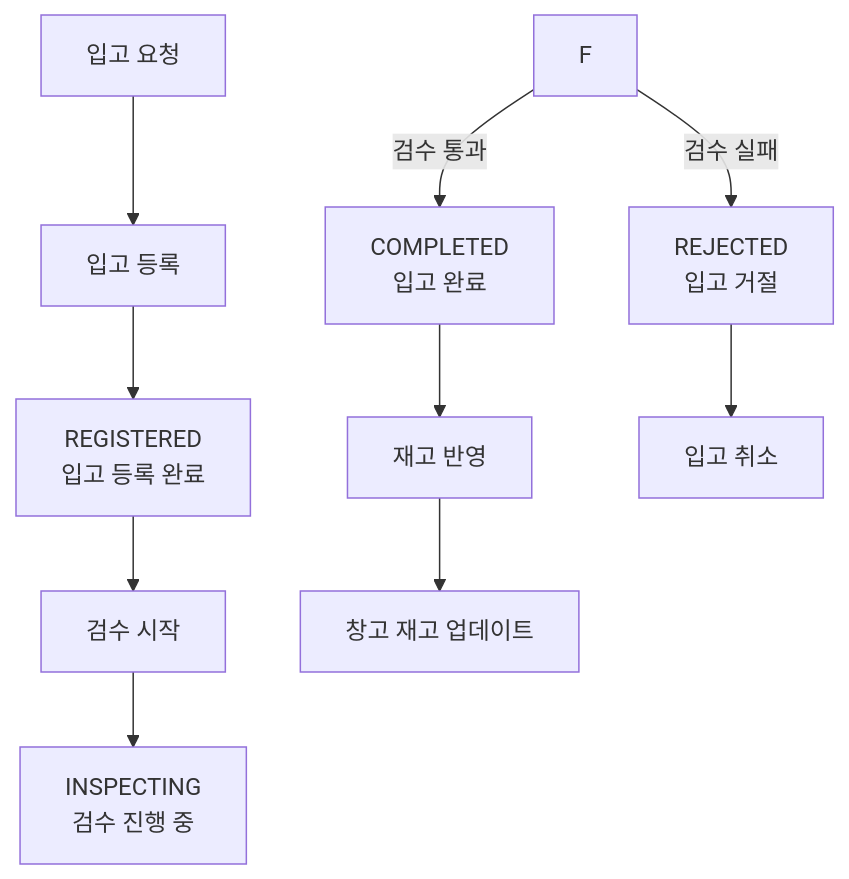
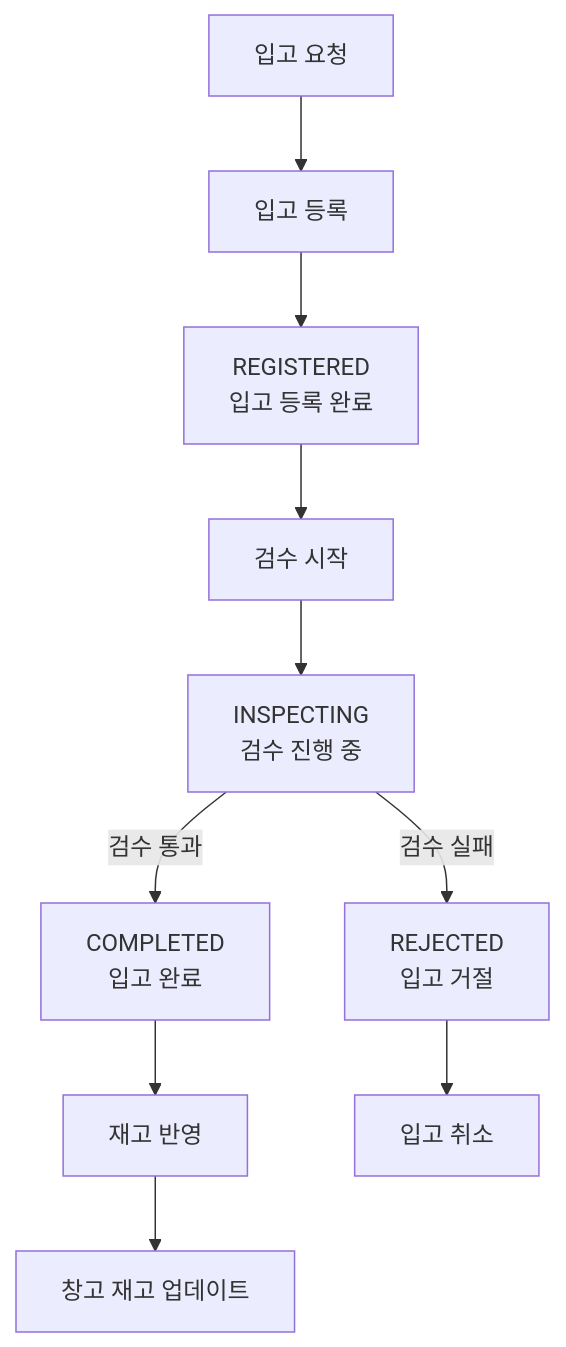
Before and after one commit to f-lab-edu/inventory-management-system: the first of 2 diagrams in README.md, drawn with Mermaid. The commit also changed other lines of this file, not shown here.

````diff
--- a/README.md
+++ b/README.md
@@ -29,13 +30,13 @@
 ```mermaid
 graph TD
     A[입고 요청] --> B[입고 등록]
     B --> C[REGISTERED<br/>입고 등록 완료]
     C --> D[검수 시작]
-    D --> E[INSPECTING<br/>검수 진행 중]
+    D --> F[INSPECTING<br/>검수 진행 중]
     F -->|검수 통과| G[COMPLETED<br/>입고 완료]
     F -->|검수 실패| H[REJECTED<br/>입고 거절]
     G --> I[재고 반영]
     I --> J[창고 재고 업데이트]
     H --> K[입고 취소]
 
 ```
````
